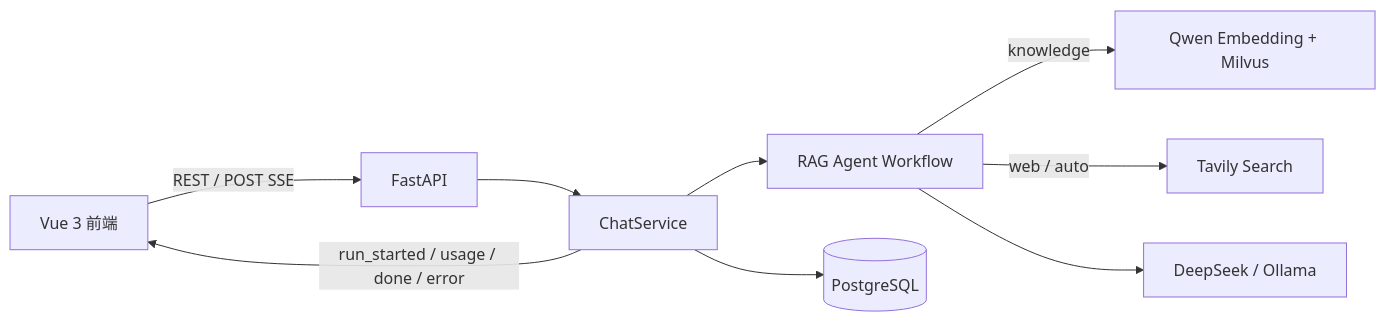
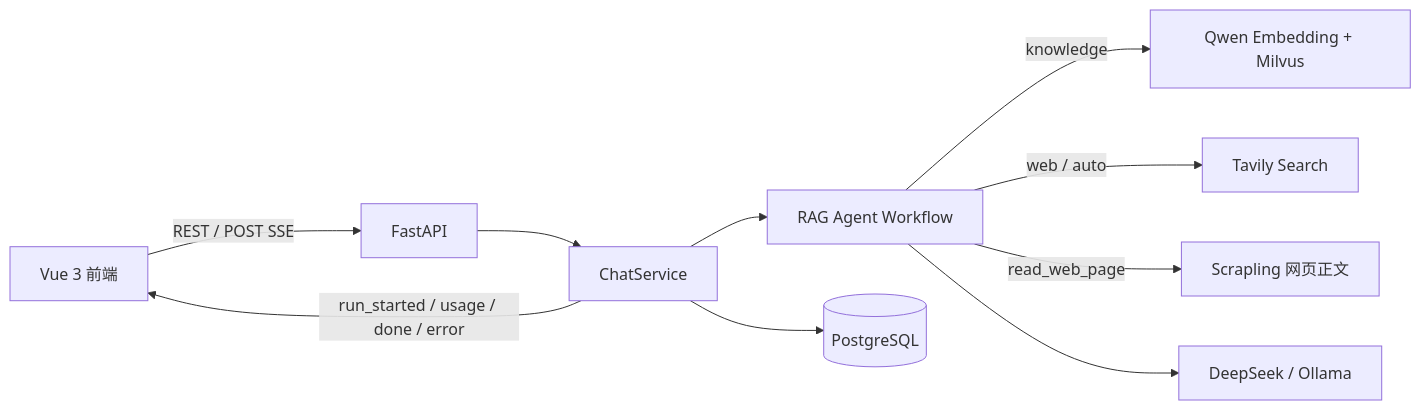
One commit to Yu050318/learning-qa-assistant changed the diagram in README.md. Above: the diagram before and after it, drawn with Mermaid. The commit also changed other lines of this file and 42 other files, not shown here.

First line of the commit message:
Add authentication, user memories and web page reading

````diff
--- a/README.md
+++ b/README.md
@@ -35,11 +35,12 @@
 ```mermaid
 flowchart LR
     UI[Vue 3 前端] -->|REST / POST SSE| API[FastAPI]
     API --> CHAT[ChatService]
     CHAT --> AGENT[RAG Agent Workflow]
     AGENT -->|knowledge| RETRIEVE[Qwen Embedding + Milvus]
     AGENT -->|web / auto| WEB[Tavily Search]
+    AGENT -->|read_web_page| PAGE[Scrapling 网页正文]
     AGENT --> MODEL[DeepSeek / Ollama]
     CHAT --> DB[(PostgreSQL)]
     CHAT -->|run_started / usage / done / error| UI
 ```
````
